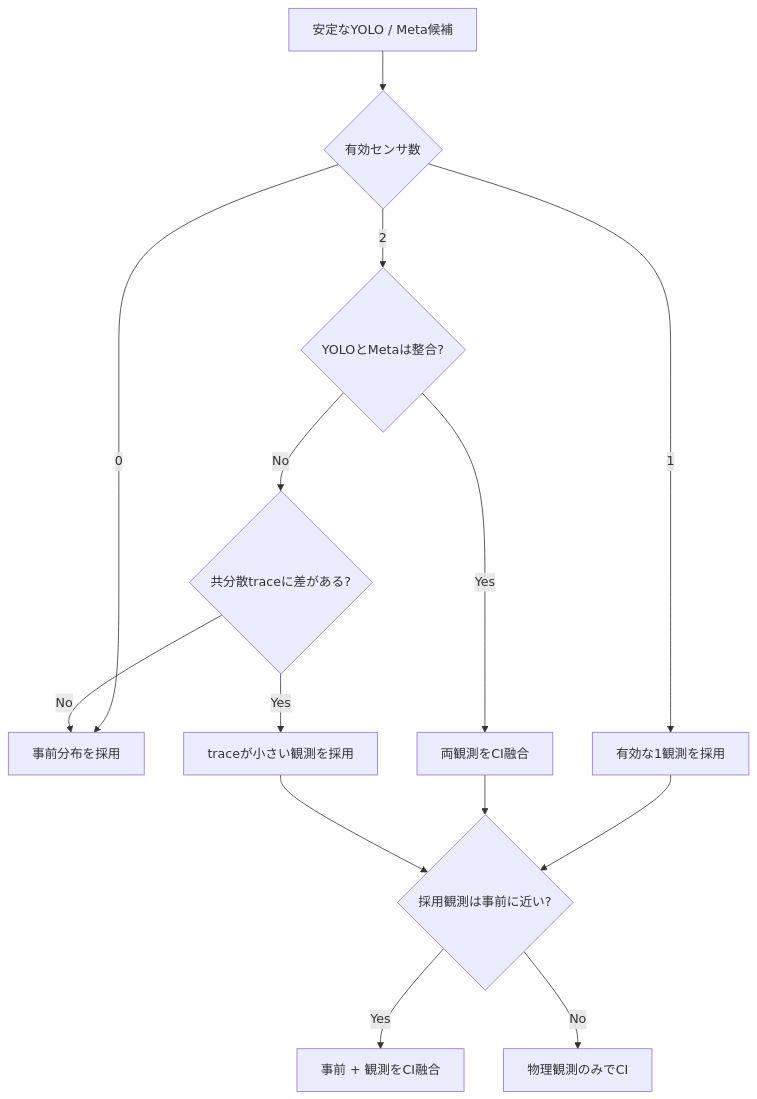
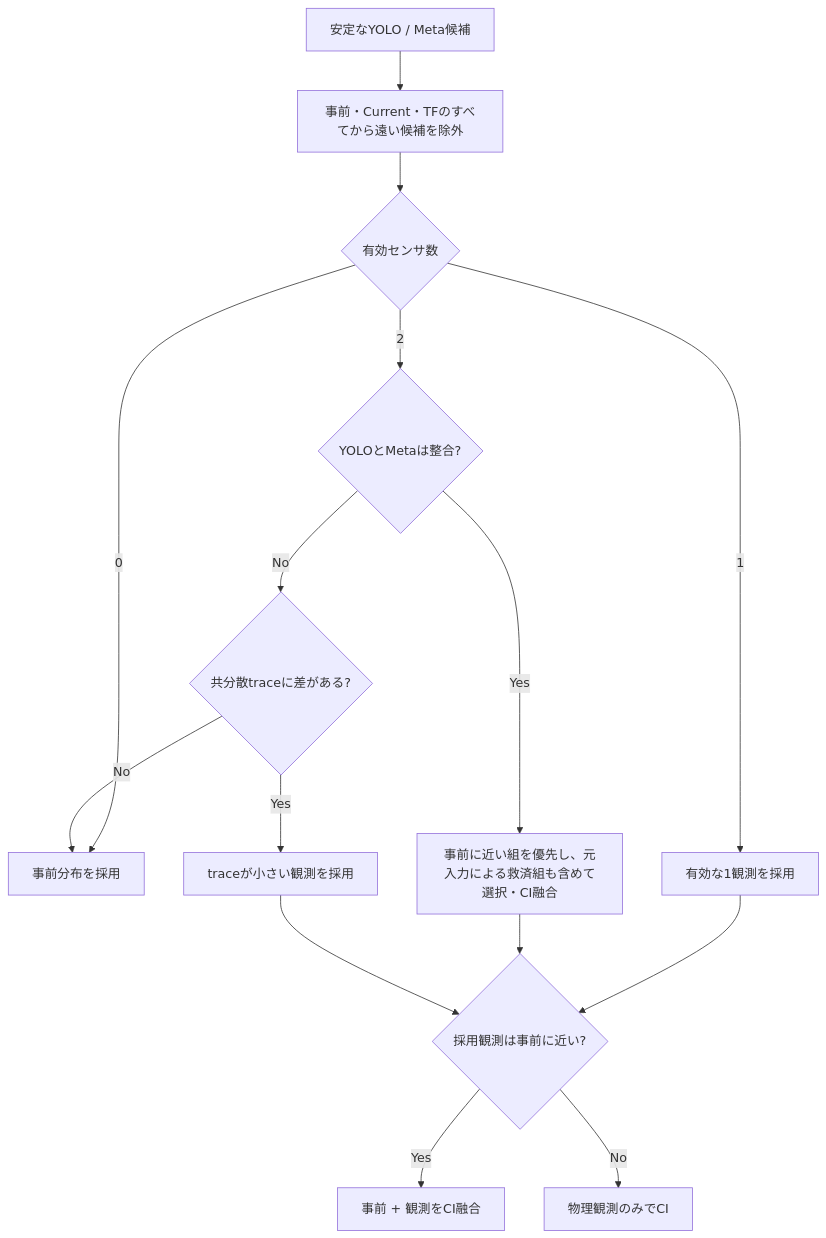
The fifth of 5 diagrams in catkin_ws/src/place_estimation/docs/system_architecture.md (soma-okamoto/Docker_Youbot_project_gradient), drawn with Mermaid before and after one commit. The commit also changed other lines of this file and 32 other files, not shown here.

````diff
--- a/catkin_ws/src/place_estimation/docs/system_architecture.md
+++ b/catkin_ws/src/place_estimation/docs/system_architecture.md
@@ -212,18 +212,19 @@
 ```mermaid
 flowchart TD
-    START["安定なYOLO / Meta候補"] --> COUNT{"有効センサ数"}
+    START["安定なYOLO / Meta候補"] --> GATE["事前・Current・TFのすべてから遠い候補を除外"]
+    GATE --> COUNT{"有効センサ数"}
     COUNT -->|"0"| PRIOR["事前分布を採用"]
     COUNT -->|"1"| ONE["有効な1観測を採用"]
     COUNT -->|"2"| PAIR{"YOLOとMetaは整合?"}
-    PAIR -->|"Yes"| BOTH["両観測をCI融合"]
+    PAIR -->|"Yes"| BOTH["事前に近い組を優先し、元入力による救済組も含めて選択・CI融合"]
     PAIR -->|"No"| UNC{"共分散traceに差がある?"}
     UNC -->|"Yes"| BEST["traceが小さい観測を採用"]
     UNC -->|"No"| PRIOR
 
     ONE --> NEAR
     BOTH --> NEAR
     BEST --> NEAR
     NEAR{"採用観測は事前に近い?"}
     NEAR -->|"Yes"| WITH["事前 + 観測をCI融合"]
     NEAR -->|"No"| OBS["物理観測のみでCI"]
 ```
````
